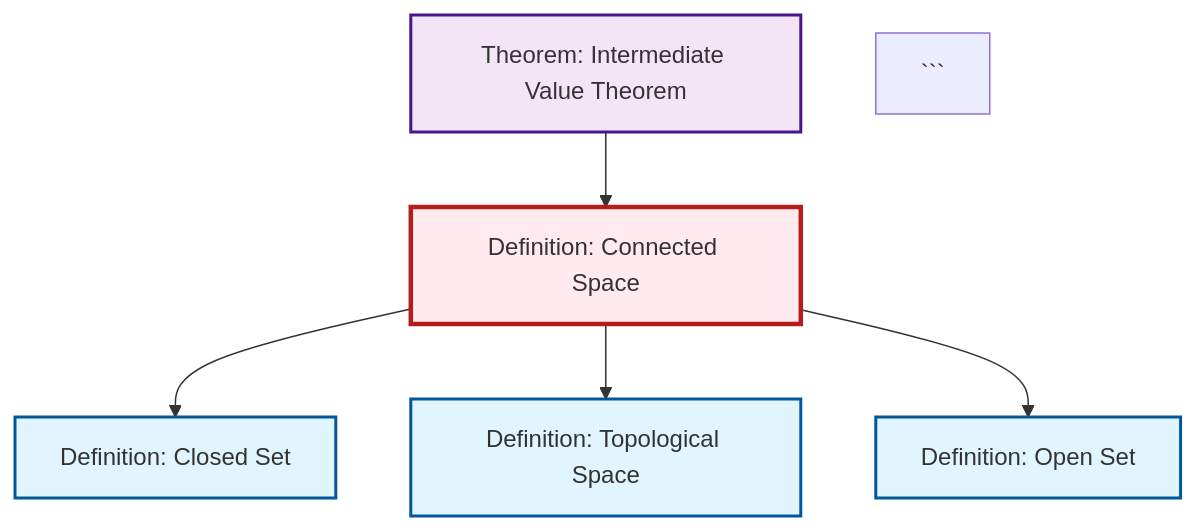
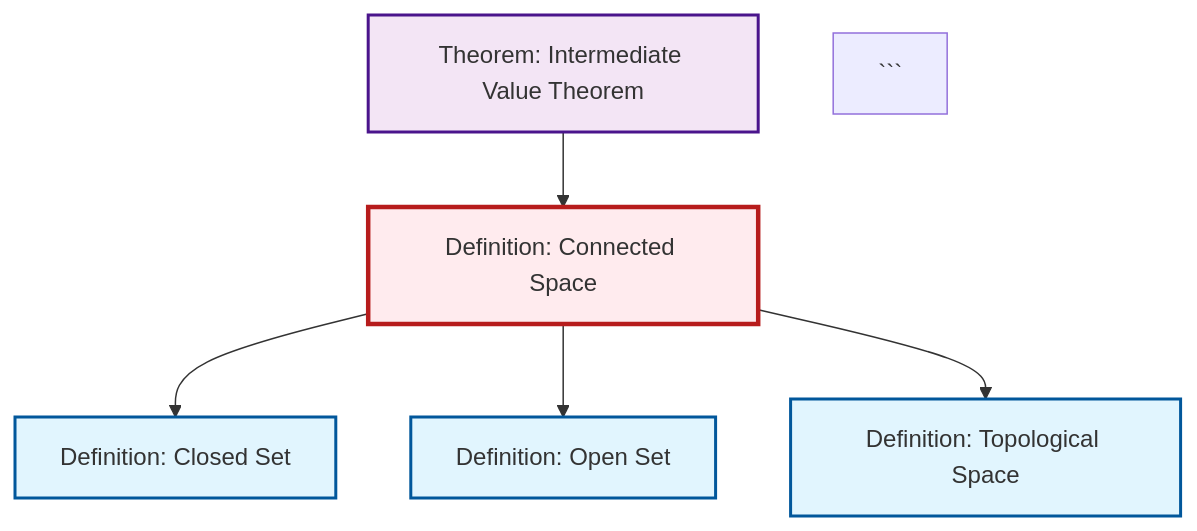
Before and after one commit to RK0429/ModernMath: the diagram in output/mermaid/def-connected.mermaid, drawn with Mermaid. The commit also changed other lines of this file and 433 other files, not shown here.

````diff
--- a/output/mermaid/def-connected.mermaid
+++ b/output/mermaid/def-connected.mermaid
@@ -1,18 +1,18 @@
 %%| fig-cap: "Local dependency graph"
 graph TD
     classDef definition fill:#e1f5fe,stroke:#01579b,stroke-width:2px
     classDef theorem fill:#f3e5f5,stroke:#4a148c,stroke-width:2px
     classDef axiom fill:#fff3e0,stroke:#e65100,stroke-width:2px
     classDef example fill:#e8f5e9,stroke:#1b5e20,stroke-width:2px
     classDef current fill:#ffebee,stroke:#b71c1c,stroke-width:3px
-    def-open-set["Definition: Open Set"]:::definition
-    def-connected["Definition: Connected Space"]:::definition
-    thm-intermediate-value["Theorem: Intermediate Value Theorem"]:::theorem
     def-topological-space["Definition: Topological Space"]:::definition
     def-closed-set["Definition: Closed Set"]:::definition
+    def-connected["Definition: Connected Space"]:::definition
+    def-open-set["Definition: Open Set"]:::definition
+    thm-intermediate-value["Theorem: Intermediate Value Theorem"]:::theorem
     def-connected --> def-closed-set
+    def-connected --> def-open-set
     def-connected --> def-topological-space
-    def-connected --> def-open-set
     thm-intermediate-value --> def-connected
     class def-connected current
 ```
````
